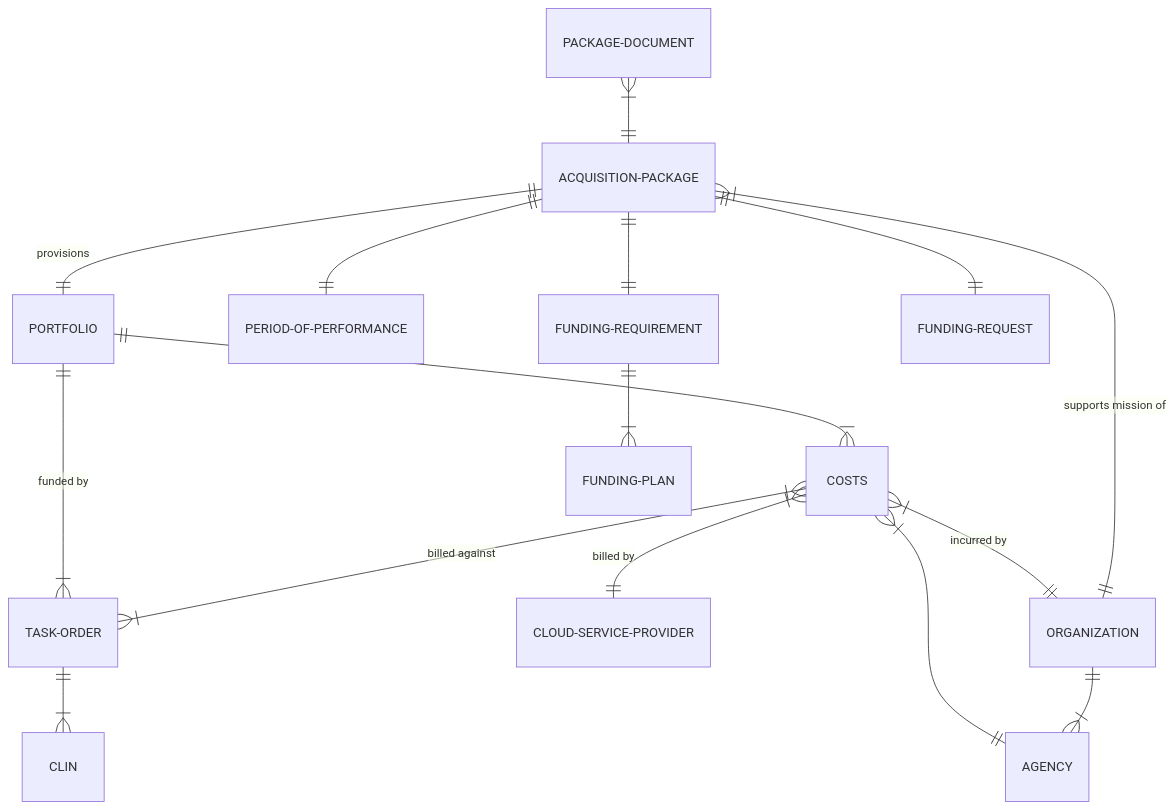
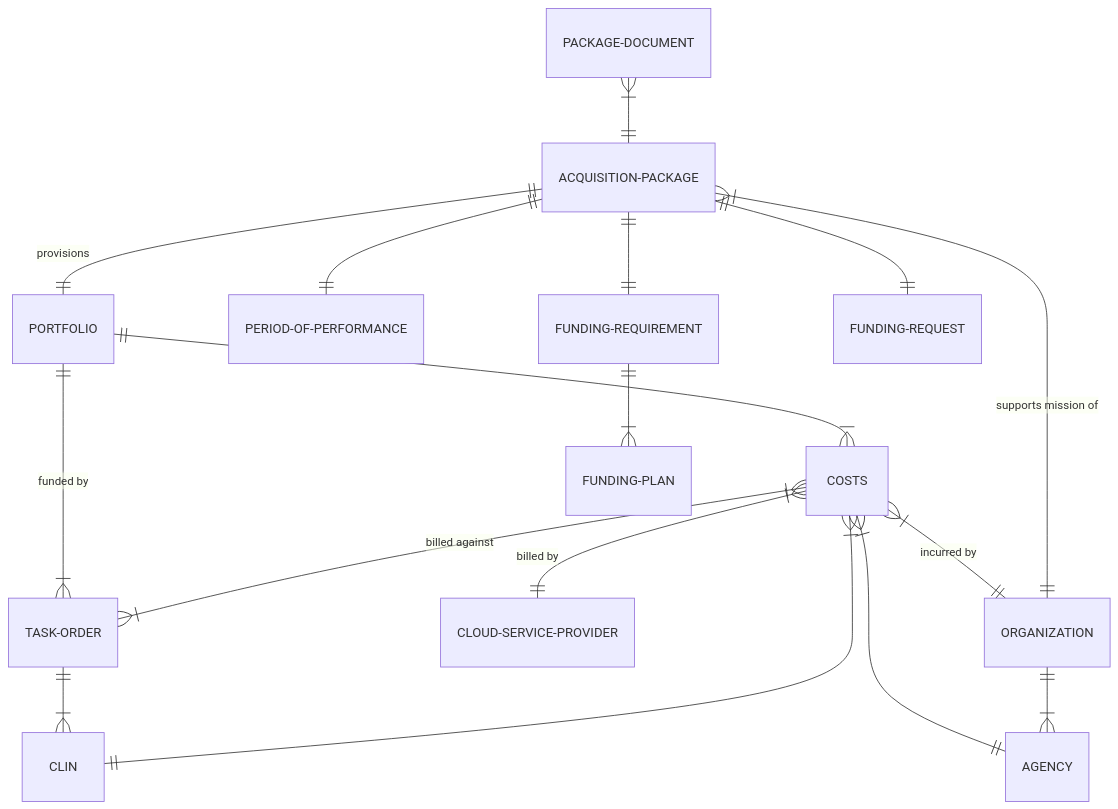
One commit to dod-ccpo/atat-snow changed the first of 2 diagrams in diagrams.md. Above: the diagram before and after it, drawn with Mermaid.

Commit message:
Update diagrams.md
Add relationship between COSTS and CLIN on ERD

````diff
--- a/diagrams.md
+++ b/diagrams.md
@@ -3,22 +3,23 @@
 ```mermaid
 erDiagram
     %% Portfolio
     PORTFOLIO ||--|{ TASK-ORDER : "funded by"
     TASK-ORDER ||--|{ CLIN : ""
     PORTFOLIO ||--|{ COSTS : ""
+    COSTS }|--|| CLIN : ""
     COSTS }|--|| CLOUD-SERVICE-PROVIDER : "billed by"
     COSTS }|--|{ TASK-ORDER : "billed against"
     COSTS }|--|| ORGANIZATION : "incurred by"
     COSTS }|--|| AGENCY : ""
     
     %% Package
     ACQUISITION-PACKAGE ||--|| PORTFOLIO : "provisions"
     ACQUISITION-PACKAGE }|--|| ORGANIZATION : "supports mission of"
     ORGANIZATION ||--|{ AGENCY : ""
     ACQUISITION-PACKAGE ||--|| PERIOD-OF-PERFORMANCE : ""
     PACKAGE-DOCUMENT }|--|| ACQUISITION-PACKAGE : ""
     %% - funding
     ACQUISITION-PACKAGE ||--|| FUNDING-REQUIREMENT : ""
     FUNDING-REQUIREMENT ||--|{ FUNDING-PLAN : ""
     ACQUISITION-PACKAGE ||--|| FUNDING-REQUEST : ""
 ```
````
